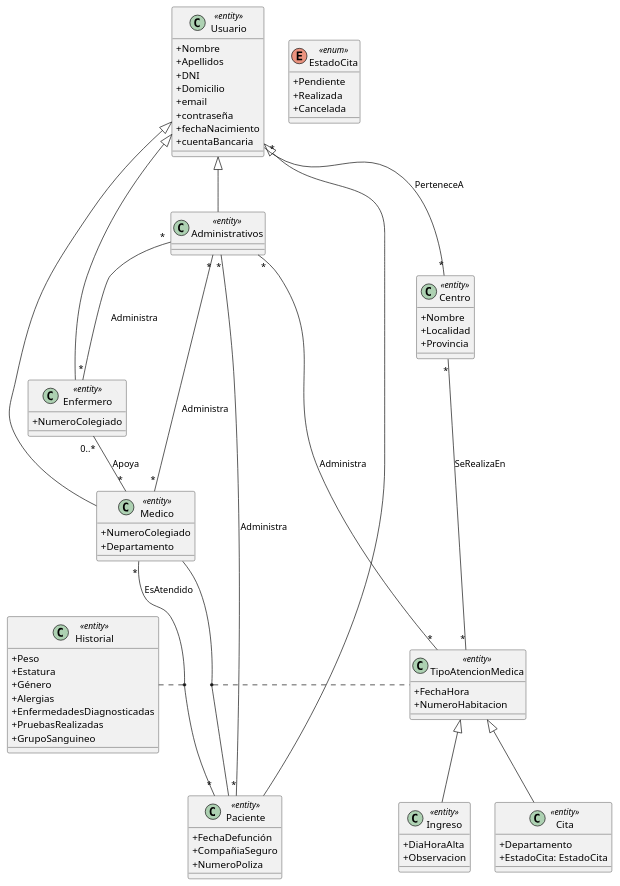
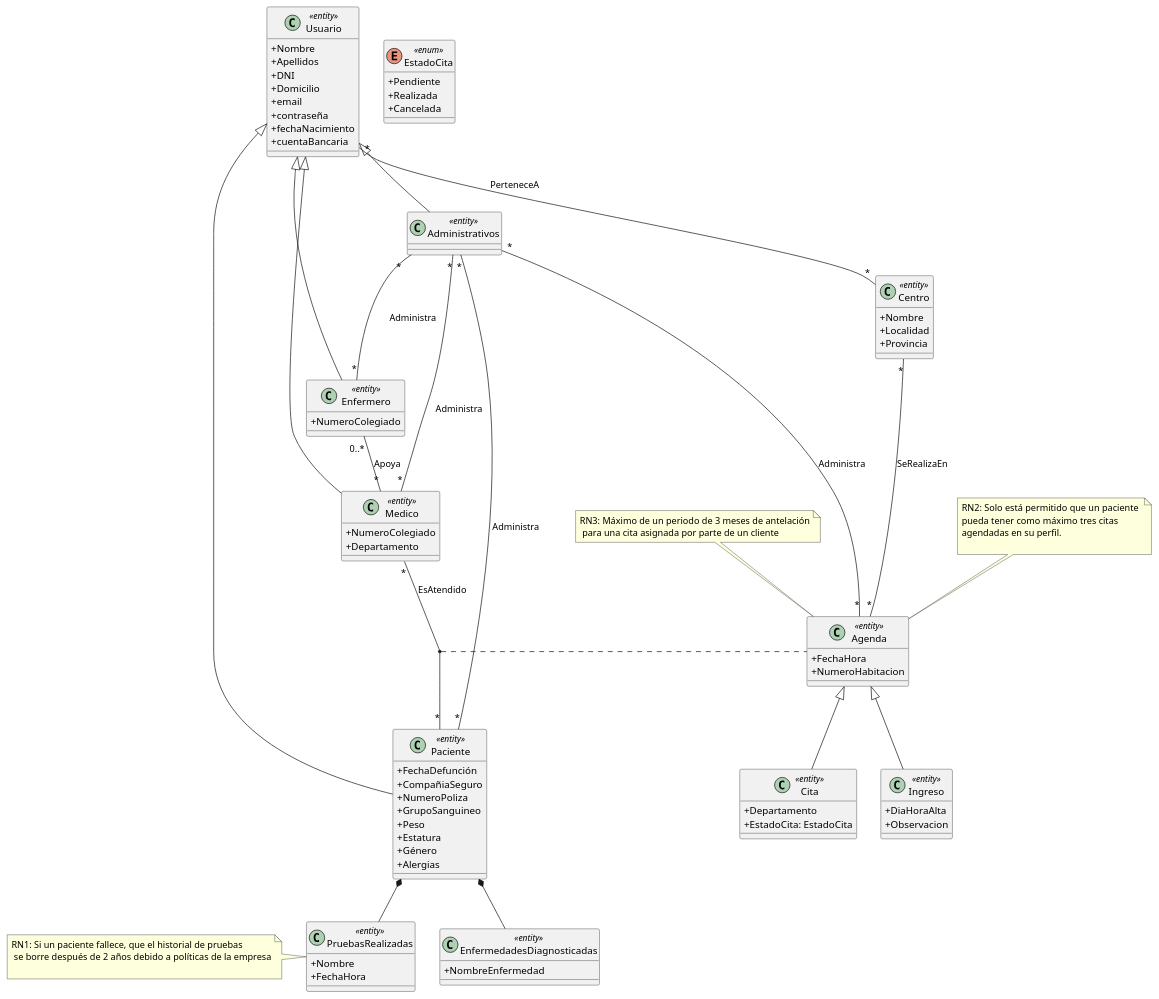
One commit to vicsuamas-prog/proyecto-curso-iissi1-2026-LDV7561 changed the diagram in documentacion/ArchivoGeneradorUML.plantuml. Above: the diagram before and after it, drawn with PlantUML.

Commit message:
Actualizado el ArchivoGeneradorUML.plantuml

```diff
--- a/documentacion/ArchivoGeneradorUML.plantuml
+++ b/documentacion/ArchivoGeneradorUML.plantuml
@@ -1,104 +1,131 @@
 @startuml
 skinparam classAttributeIconSize 0
 
 
 class Centro <<entity>> {
   + Nombre
   + Localidad
   + Provincia
 }
 
 class Usuario <<entity>> {
   + Nombre
   + Apellidos
   + DNI
   + Domicilio
   + email
   + contraseña
   + fechaNacimiento
   + cuentaBancaria
 }
 
 class Medico <<entity>> {
   + NumeroColegiado
   + Departamento
 }
 
+class Agenda <<entity>> {
+  + FechaHora
+  + NumeroHabitacion
+}
+
+enum EstadoCita <<enum>> {
+  + Pendiente
+  + Realizada
+  + Cancelada
+}
+
 
 class Enfermero <<entity>> {
   + NumeroColegiado
 }
 
 class Administrativos <<entity>> {
 }
 
 class Paciente <<entity>> {
   + FechaDefunción
   + CompañiaSeguro
   + NumeroPoliza
-}
-
-class Historial <<entity>> {
+  + GrupoSanguineo
   + Peso
   + Estatura
   + Género
   + Alergias
-  + EnfermedadesDiagnosticadas
-  + PruebasRealizadas
-  + GrupoSanguineo
 }
 
-class TipoAtencionMedica <<entity>> {
-  + FechaHora
-  + NumeroHabitacion
-}
+
 
 class Cita <<entity>> {
   + Departamento
   + EstadoCita: EstadoCita
 }
 
 
 class Ingreso <<entity>> {
   + DiaHoraAlta
   + Observacion
 }
 
+class EnfermedadesDiagnosticadas <<entity>> {
+  + NombreEnfermedad
+}
+
+class PruebasRealizadas <<entity>> {
+  + Nombre
+  + FechaHora 
+}
+
 
 'Relaciones
 
 Usuario ^-- Medico
 Usuario ^-- Paciente
 Usuario ^-- Enfermero
 Usuario ^-- Administrativos
 
-TipoAtencionMedica ^-- Cita
-TipoAtencionMedica ^-- Ingreso
+Agenda ^-- Cita
+Agenda ^-- Ingreso
 
-enum EstadoCita <<enum>> {
-  + Pendiente
-  + Realizada
-  + Cancelada
-}
 
 
 Medico "*" -- "*" Paciente : EsAtendido
 
 
-(Medico, Paciente) .. Historial
-(Medico, Paciente) .. TipoAtencionMedica
 
 Enfermero "0..*" -- "*" Medico : Apoya
 Administrativos "*" -- "*" Enfermero : Administra
 Administrativos "*" -- "*" Medico : Administra
 Administrativos "*" -- "*" Paciente : Administra
 
+Paciente *-- EnfermedadesDiagnosticadas
+Paciente *-- PruebasRealizadas
+(Medico, Paciente) .. Agenda
 
-Administrativos "*" -- "*" TipoAtencionMedica : Administra
-Centro "*" -- "*" TipoAtencionMedica : SeRealizaEn
+
+Administrativos "*" -- "*" Agenda : Administra
+Centro "*" -- "*" Agenda : SeRealizaEn
 
 
 
 Usuario "*" -- "*" Centro : PerteneceA
 
+note top of Agenda
+  RN2: Solo está permitido que un paciente 
+  pueda tener como máximo tres citas 
+  agendadas en su perfil.
+
+end note
+
+note top of Agenda
+  RN3: Máximo de un periodo de 3 meses de antelación
+   para una cita asignada por parte de un cliente
+end note
+
+note left of PruebasRealizadas
+  RN1: Si un paciente fallece, que el historial de pruebas
+   se borre después de 2 años debido a políticas de la empresa
+
+end note
+
 @enduml
```
